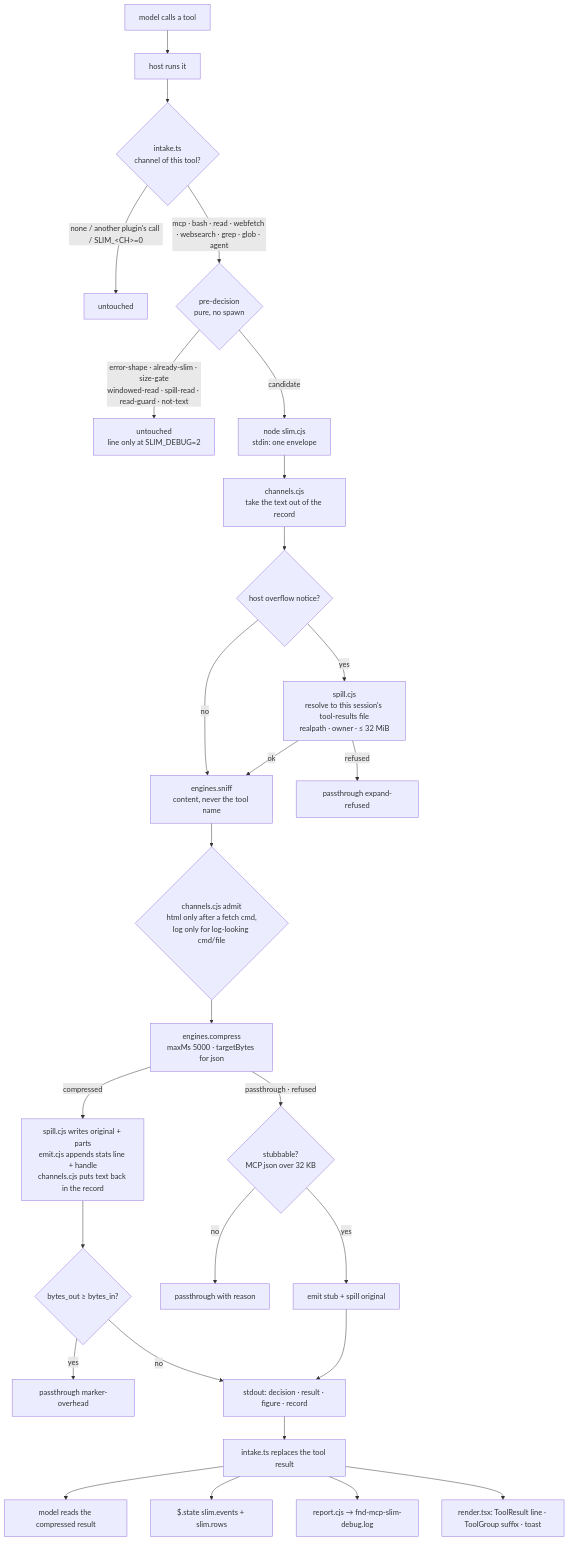
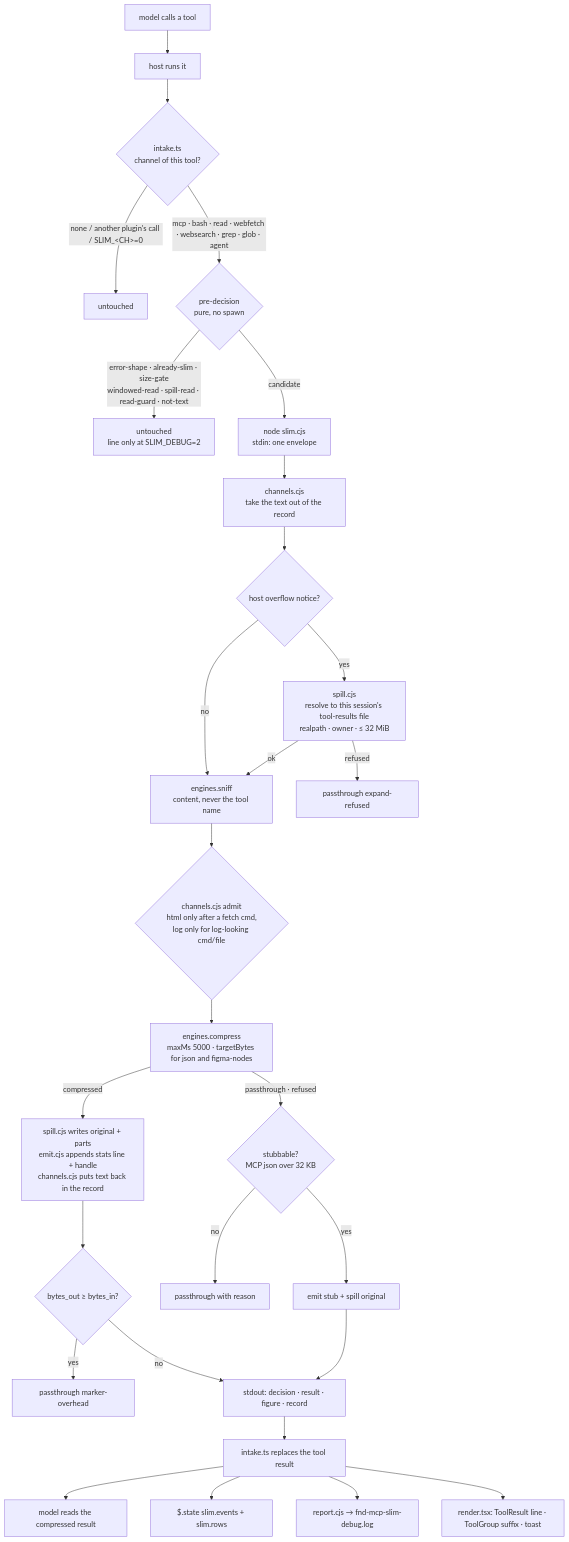
The diagram in plugins/slim/ARCHITECTURE.md (domaine-oleksandr-kever/claude-plugins), drawn with Mermaid before and after one commit. The commit also changed other lines of this file and 13 other files, not shown here.

````diff
--- a/plugins/slim/ARCHITECTURE.md
+++ b/plugins/slim/ARCHITECTURE.md
@@ -91,30 +91,30 @@
 ```mermaid
 flowchart TD
   A[model calls a tool] --> B[host runs it]
   B --> C{intake.ts<br/>channel of this tool?}
   C -- none / another plugin's call / SLIM_&lt;CH&gt;=0 --> Z0[untouched]
   C -- mcp · bash · read · webfetch · websearch · grep · glob · agent --> D{pre-decision<br/>pure, no spawn}
   D -- error-shape · already-slim · size-gate<br/>windowed-read · spill-read · read-guard · not-text --> Z1[untouched<br/>line only at SLIM_DEBUG=2]
   D -- candidate --> E[node slim.cjs<br/>stdin: one envelope]
   E --> F[channels.cjs<br/>take the text out of the record]
   F --> G{host overflow notice?}
   G -- yes --> H[spill.cjs<br/>resolve to this session's tool-results file<br/>realpath · owner · ≤ 32 MiB]
   G -- no --> I
   H -- refused --> Z2[passthrough expand-refused]
   H -- ok --> I[engines.sniff<br/>content, never the tool name]
   I --> J{channels.cjs admit<br/>html only after a fetch cmd,<br/>log only for log-looking cmd/file}
-  J --> K[engines.compress<br/>maxMs 5000 · targetBytes for json]
+  J --> K[engines.compress<br/>maxMs 5000 · targetBytes for json and figma-nodes]
   K -- passthrough · refused --> L{stubbable?<br/>MCP json over 32 KB}
   L -- yes --> M[emit stub + spill original]
   L -- no --> Z3[passthrough with reason]
   K -- compressed --> N[spill.cjs writes original + parts<br/>emit.cjs appends stats line + handle<br/>channels.cjs puts text back in the record]
   N --> O{bytes_out ≥ bytes_in?}
   O -- yes --> Z4[passthrough marker-overhead]
   O -- no --> P[stdout: decision · result · figure · record]
   M --> P
   P --> Q[intake.ts replaces the tool result]
   Q --> R1[model reads the compressed result]
   Q --> R2[$.state slim.events + slim.rows]
   Q --> R3[report.cjs → fnd-mcp-slim-debug.log]
   Q --> R4[render.tsx: ToolResult line · ToolGroup suffix · toast]
 ```
````
